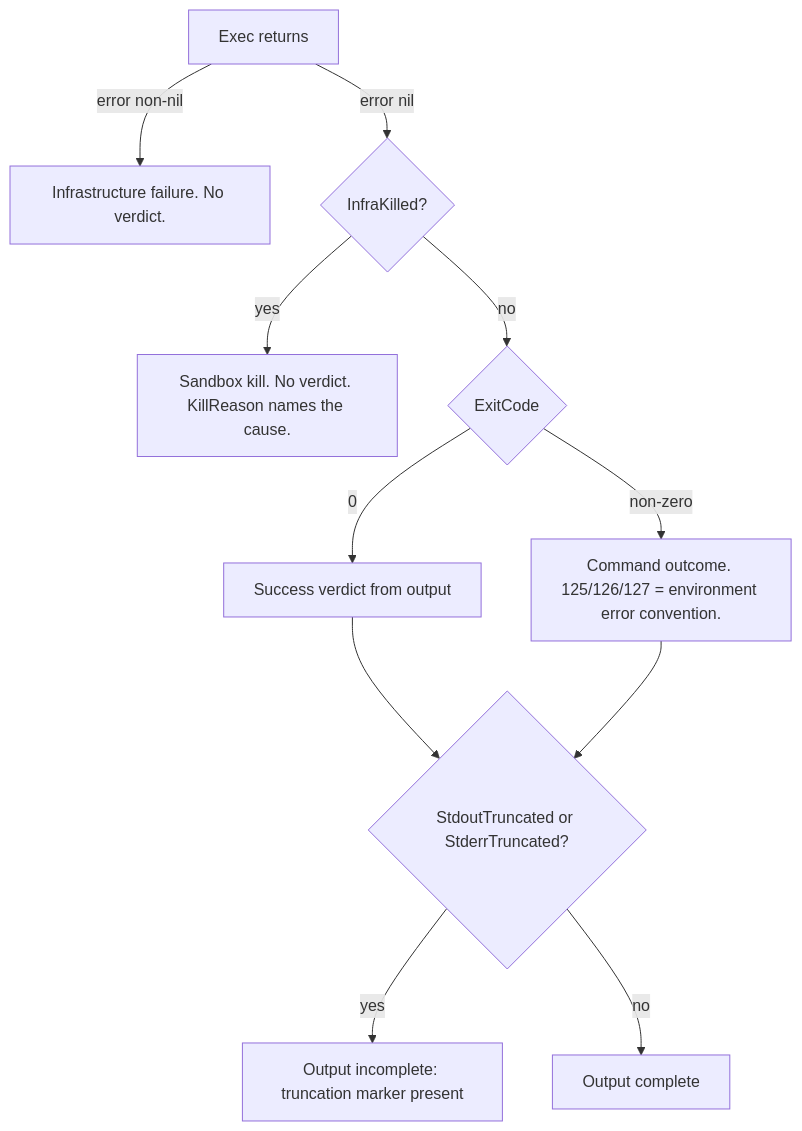
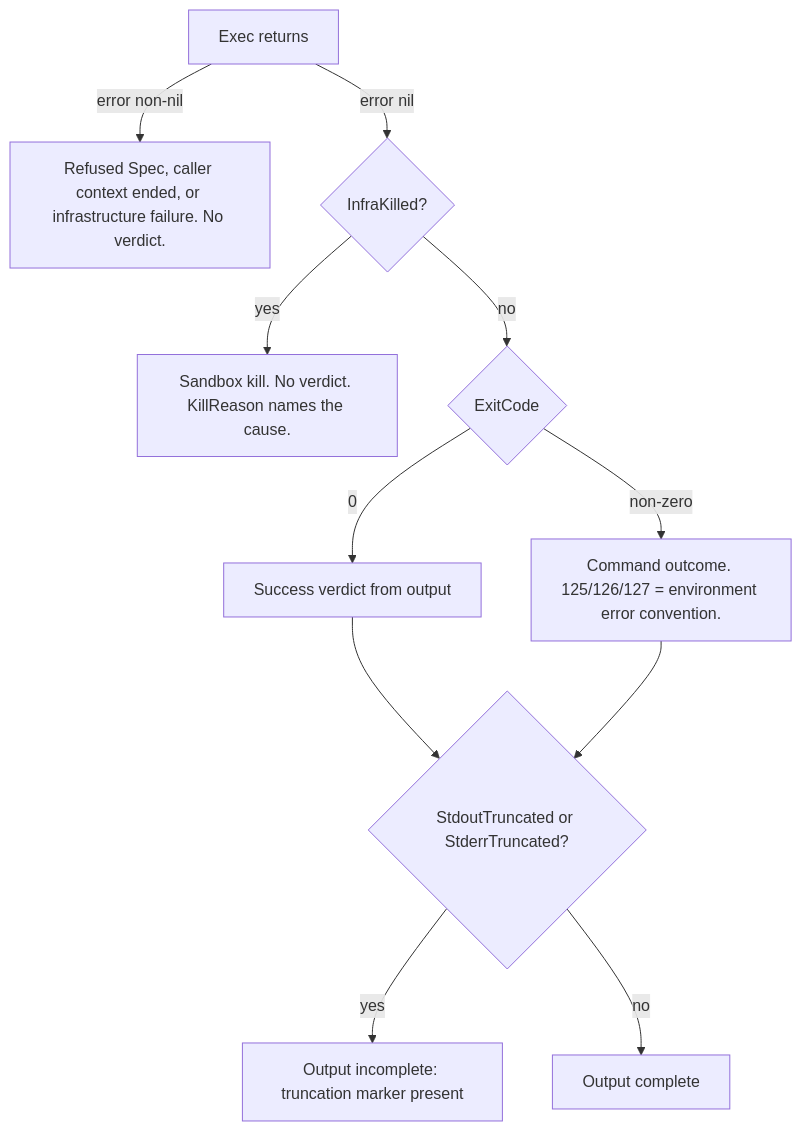
One commit to dpoage/llmkit changed the diagram in docs/sandbox.md. Above: the diagram before and after it, drawn with Mermaid. The commit also changed other lines of this file and 39 other files, not shown here.

````diff
--- a/docs/sandbox.md
+++ b/docs/sandbox.md
@@ -124,13 +172,13 @@
 ```mermaid
 flowchart TD
-    A[Exec returns] -->|error non-nil| B[Infrastructure failure. No verdict.]
+    A[Exec returns] -->|error non-nil| B[Refused Spec, caller context ended, or infrastructure failure. No verdict.]
     A -->|error nil| C{InfraKilled?}
     C -->|yes| D[Sandbox kill. No verdict. KillReason names the cause.]
     C -->|no| E{ExitCode}
     E -->|0| F[Success verdict from output]
     E -->|non-zero| G[Command outcome. 125/126/127 = environment error convention.]
     F --> H{StdoutTruncated or StderrTruncated?}
     G --> H
     H -->|yes| I[Output incomplete: truncation marker present]
     H -->|no| J[Output complete]
 ```
````
